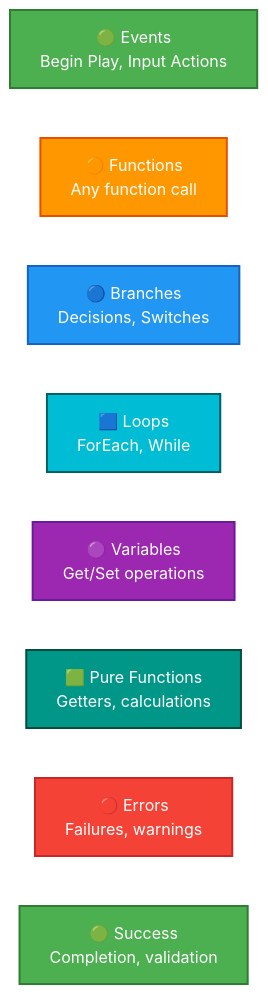
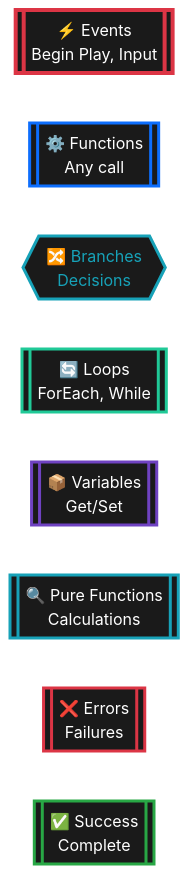
The sixth of 9 diagrams in BLUEPRINT_DISPLAY_GUIDE.md (Mittenzx/Adastrea), drawn with Mermaid (neutral theme) before and after one commit. The commit also changed other lines of this file and 2 other files, not shown here.

First line of the commit message:
Update Mermaid diagrams with Unreal Engine node styling

````diff
--- a/BLUEPRINT_DISPLAY_GUIDE.md
+++ b/BLUEPRINT_DISPLAY_GUIDE.md
@@ -574,20 +585,20 @@
 ```mermaid
 graph LR
-    Event[🟢 Events<br/>Begin Play, Input Actions] 
-    Function[🟠 Functions<br/>Any function call]
-    Branch[🔵 Branches<br/>Decisions, Switches]
-    Loop[🟦 Loops<br/>ForEach, While]
-    Variable[🟣 Variables<br/>Get/Set operations]
-    Pure[🟩 Pure Functions<br/>Getters, calculations]
-    Error[🔴 Errors<br/>Failures, warnings]
-    Success[🟢 Success<br/>Completion, validation]
+    Event[["⚡ Events<br/>Begin Play, Input"]] 
+    Function[["⚙️ Functions<br/>Any call"]]
+    Branch{{"🔀 Branches<br/>Decisions"}}
+    Loop[["🔄 Loops<br/>ForEach, While"]]
+    Variable[["📦 Variables<br/>Get/Set"]]
+    Pure[["🔍 Pure Functions<br/>Calculations"]]
+    Error[["❌ Errors<br/>Failures"]]
+    Success[["✅ Success<br/>Complete"]]
     
-    style Event fill:#4CAF50,stroke:#2E7D32,stroke-width:2px,color:#fff
-    style Function fill:#FF9800,stroke:#E65100,stroke-width:2px,color:#fff
-    style Branch fill:#2196F3,stroke:#1565C0,stroke-width:2px,color:#fff
-    style Loop fill:#00BCD4,stroke:#006064,stroke-width:2px,color:#fff
-    style Variable fill:#9C27B0,stroke:#6A1B9A,stroke-width:2px,color:#fff
-    style Pure fill:#009688,stroke:#004D40,stroke-width:2px,color:#fff
-    style Error fill:#F44336,stroke:#C62828,stroke-width:2px,color:#fff
-    style Success fill:#4CAF50,stroke:#2E7D32,stroke-width:2px,color:#fff
+    style Event fill:#1a1a1a,stroke:#DC3545,stroke-width:4px,color:#fff,rx:10,ry:10
+    style Function fill:#1a1a1a,stroke:#0d6efd,stroke-width:3px,color:#fff,rx:10,ry:10
+    style Branch fill:#1a1a1a,stroke:#17a2b8,stroke-width:3px,color:#17a2b8
+    style Loop fill:#1a1a1a,stroke:#20c997,stroke-width:3px,color:#fff,rx:10,ry:10
+    style Variable fill:#1a1a1a,stroke:#6f42c1,stroke-width:3px,color:#fff,rx:10,ry:10
+    style Pure fill:#1a1a1a,stroke:#17a2b8,stroke-width:3px,color:#fff,rx:10,ry:10
+    style Error fill:#1a1a1a,stroke:#DC3545,stroke-width:3px,color:#fff,rx:10,ry:10
+    style Success fill:#1a1a1a,stroke:#28a745,stroke-width:3px,color:#fff,rx:10,ry:10
 ```
````
